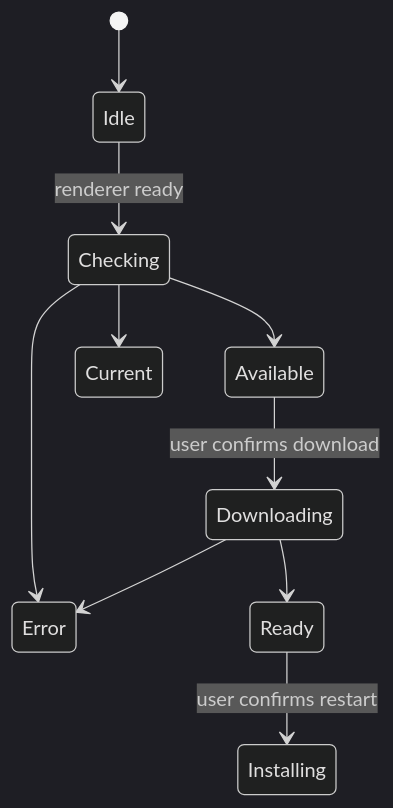
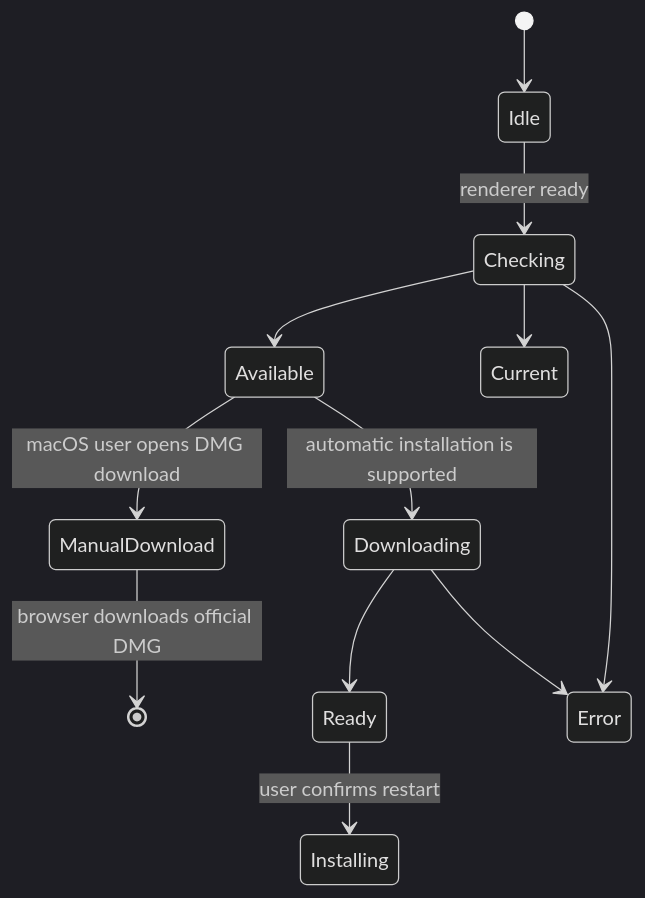
One commit to ismigar/Gnosi changed the diagram in docs/engineering/domains/desktop-clients.md. Above: the diagram before and after it, drawn with Mermaid (dark theme). The commit also changed other lines of this file and 16 other files, not shown here.

````diff
--- a/docs/engineering/domains/desktop-clients.md
+++ b/docs/engineering/domains/desktop-clients.md
@@ -37,12 +39,14 @@
 ```mermaid
 stateDiagram-v2
     [*] --> Idle
     Idle --> Checking: renderer ready
     Checking --> Available
     Checking --> Current
     Checking --> Error
-    Available --> Downloading: user confirms download
+    Available --> ManualDownload: macOS user opens DMG download
+    Available --> Downloading: automatic installation is supported
+    ManualDownload --> [*]: browser downloads official DMG
     Downloading --> Ready
     Downloading --> Error
     Ready --> Installing: user confirms restart
 ```
````
